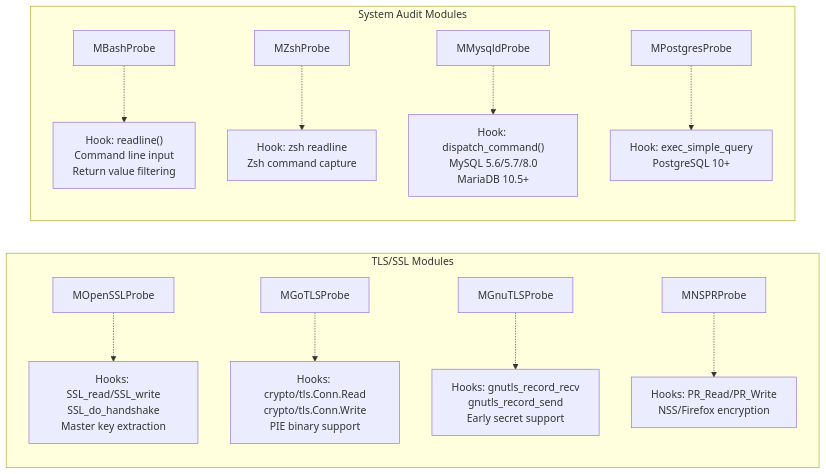
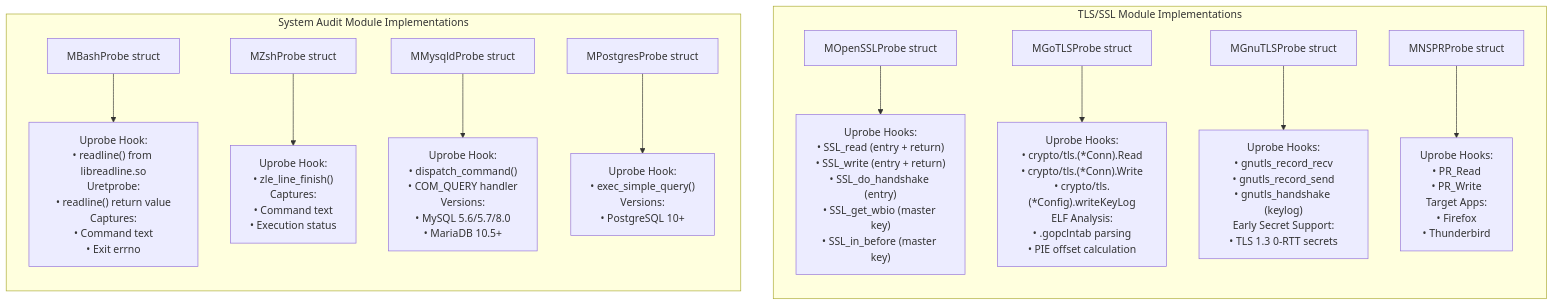
Before and after one commit to gojue/ecapture.cc: the second of 3 diagrams in src/en/3-capture-modules/index.md, drawn with Mermaid. The commit also changed other lines of this file and 115 other files, not shown here.

````diff
--- a/src/en/3-capture-modules/index.md
+++ b/src/en/3-capture-modules/index.md
@@ -171,42 +211,44 @@
 ```mermaid
-graph LR
-    subgraph "TLS/SSL Modules"
+graph TB
+    subgraph TLS["TLS/SSL Module Implementations"]
         direction TB
-        M1["MOpenSSLProbe"]
-        M1_desc["Hooks: SSL_read/SSL_write<br/>SSL_do_handshake<br/>Master key extraction"]
         
-        M2["MGoTLSProbe"]
-        M2_desc["Hooks: crypto/tls.Conn.Read<br/>crypto/tls.Conn.Write<br/>PIE binary support"]
+        MOpenSSL["MOpenSSLProbe struct"]
+        MOpenSSL_hooks["Uprobe Hooks:<br/>• SSL_read (entry + return)<br/>• SSL_write (entry + return)<br/>• SSL_do_handshake (entry)<br/>• SSL_get_wbio (master key)<br/>• SSL_in_before (master key)"]
         
-        M3["MGnuTLSProbe"]
-        M3_desc["Hooks: gnutls_record_recv<br/>gnutls_record_send<br/>Early secret support"]
+        MGoTLS["MGoTLSProbe struct"]
+        MGoTLS_hooks["Uprobe Hooks:<br/>• crypto/tls.(*Conn).Read<br/>• crypto/tls.(*Conn).Write<br/>• crypto/tls.(*Config).writeKeyLog<br/>ELF Analysis:<br/>• .gopclntab parsing<br/>• PIE offset calculation"]
         
-        M4["MNSPRProbe"]
-        M4_desc["Hooks: PR_Read/PR_Write<br/>NSS/Firefox encryption"]
+        MGnuTLS["MGnuTLSProbe struct"]
+        MGnuTLS_hooks["Uprobe Hooks:<br/>• gnutls_record_recv<br/>• gnutls_record_send<br/>• gnutls_handshake (keylog)<br/>Early Secret Support:<br/>• TLS 1.3 0-RTT secrets"]
         
-        M1 -.-> M1_desc
-        M2 -.-> M2_desc
-        M3 -.-> M3_desc
-        M4 -.-> M4_desc
+        MNSPR["MNSPRProbe struct"]
+        MNSPR_hooks["Uprobe Hooks:<br/>• PR_Read<br/>• PR_Write<br/>Target Apps:<br/>• Firefox<br/>• Thunderbird"]
+        
+        MOpenSSL --> MOpenSSL_hooks
+        MGoTLS --> MGoTLS_hooks
+        MGnuTLS --> MGnuTLS_hooks
+        MNSPR --> MNSPR_hooks
     end
     
-    subgraph "System Audit Modules"
+    subgraph Audit["System Audit Module Implementations"]
         direction TB
-        M5["MBashProbe"]
-        M5_desc["Hook: readline()<br/>Command line input<br/>Return value filtering"]
         
-        M6["MZshProbe"]
-        M6_desc["Hook: zsh readline<br/>Zsh command capture"]
+        MBash["MBashProbe struct"]
+        MBash_hooks["Uprobe Hook:<br/>• readline() from libreadline.so<br/>Uretprobe:<br/>• readline() return value<br/>Captures:<br/>• Command text<br/>• Exit errno"]
         
-        M7["MMysqldProbe"]
-        M7_desc["Hook: dispatch_command()<br/>MySQL 5.6/5.7/8.0<br/>MariaDB 10.5+"]
+        MZsh["MZshProbe struct"]
+        MZsh_hooks["Uprobe Hook:<br/>• zle_line_finish()<br/>Captures:<br/>• Command text<br/>• Execution status"]
         
-        M8["MPostgresProbe"]
-        M8_desc["Hook: exec_simple_query<br/>PostgreSQL 10+"]
+        MMySQL["MMysqldProbe struct"]
+        MMySQL_hooks["Uprobe Hook:<br/>• dispatch_command()<br/>• COM_QUERY handler<br/>Versions:<br/>• MySQL 5.6/5.7/8.0<br/>• MariaDB 10.5+"]
         
-        M5 -.-> M5_desc
-        M6 -.-> M6_desc
-        M7 -.-> M7_desc
-        M8 -.-> M8_desc
+        MPostgres["MPostgresProbe struct"]
+        MPostgres_hooks["Uprobe Hook:<br/>• exec_simple_query()<br/>Versions:<br/>• PostgreSQL 10+"]
+        
+        MBash --> MBash_hooks
+        MZsh --> MZsh_hooks
+        MMySQL --> MMySQL_hooks
+        MPostgres --> MPostgres_hooks
     end
 ```
````
